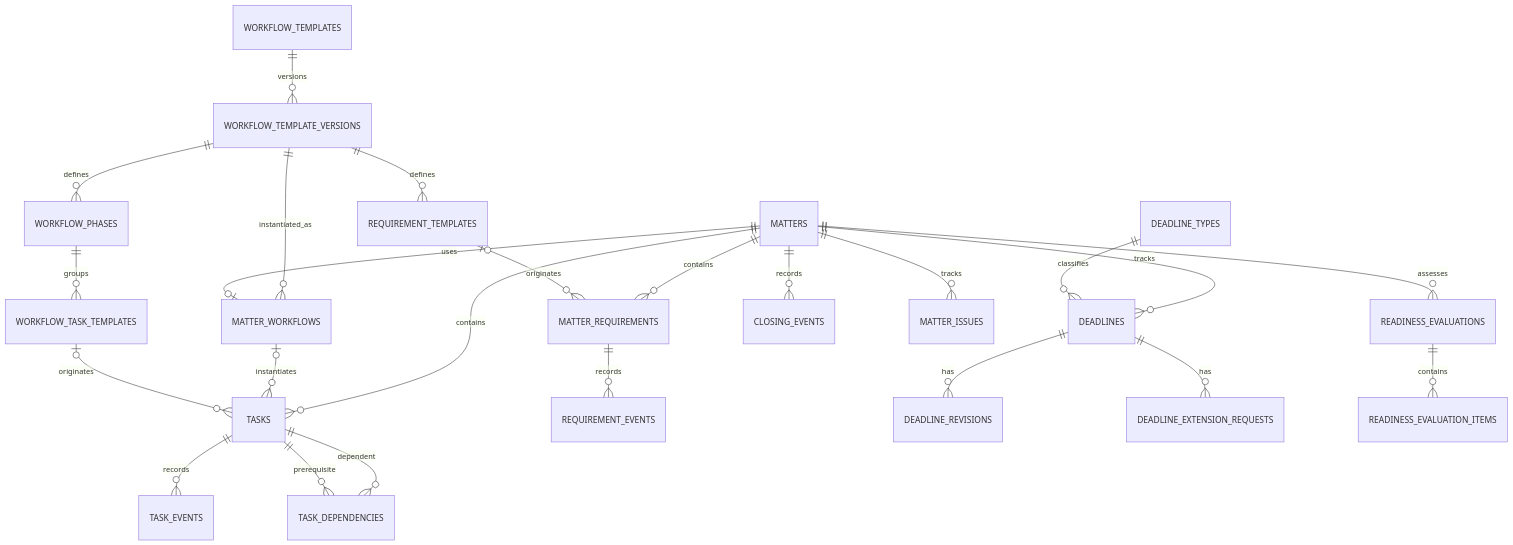
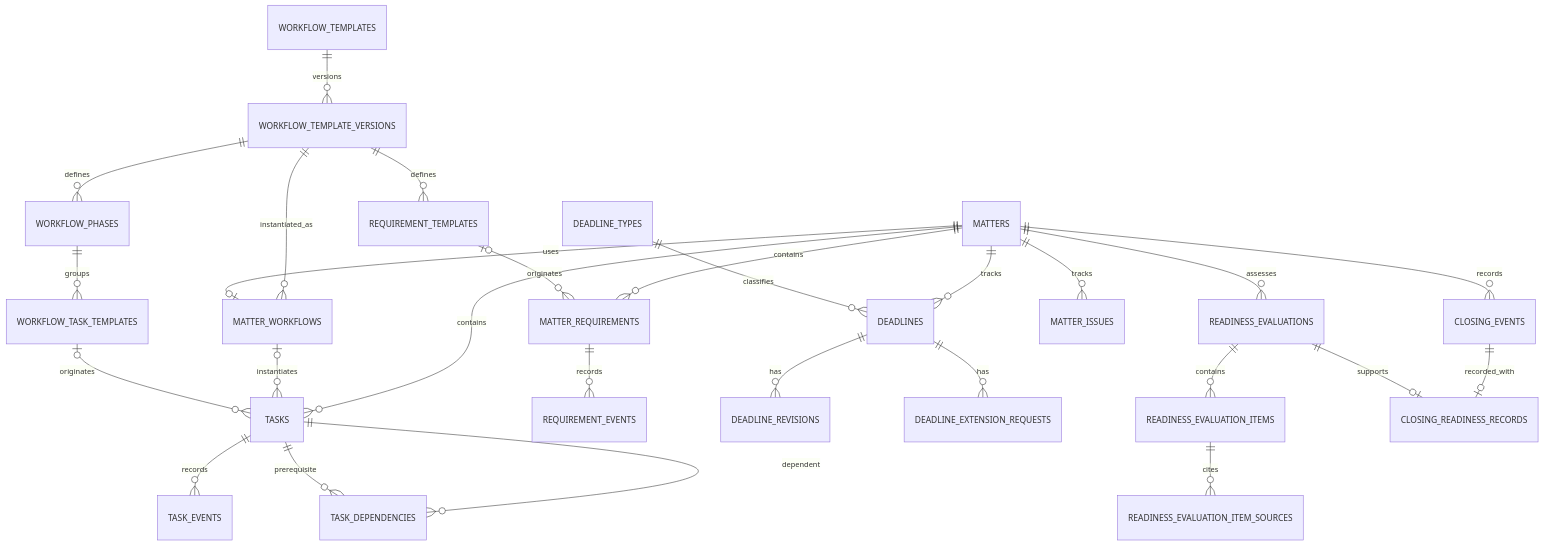
One commit to Greenclifford30/landholderslaw changed the second of 3 diagrams in documents/Landholders_Law_ERD_and_DDL.md. Above: the diagram before and after it, drawn with Mermaid. The commit also changed other lines of this file and 67 other files, not shown here.

````diff
--- a/documents/Landholders_Law_ERD_and_DDL.md
+++ b/documents/Landholders_Law_ERD_and_DDL.md
@@ -37,26 +37,29 @@
 ```mermaid
 erDiagram
     WORKFLOW_TEMPLATES ||--o{ WORKFLOW_TEMPLATE_VERSIONS : versions
     WORKFLOW_TEMPLATE_VERSIONS ||--o{ WORKFLOW_PHASES : defines
     WORKFLOW_PHASES ||--o{ WORKFLOW_TASK_TEMPLATES : groups
     WORKFLOW_TEMPLATE_VERSIONS ||--o{ REQUIREMENT_TEMPLATES : defines
     WORKFLOW_TEMPLATE_VERSIONS ||--o{ MATTER_WORKFLOWS : instantiated_as
     MATTERS ||--o| MATTER_WORKFLOWS : uses
     MATTERS ||--o{ TASKS : contains
     MATTER_WORKFLOWS o|--o{ TASKS : instantiates
     WORKFLOW_TASK_TEMPLATES o|--o{ TASKS : originates
     TASKS ||--o{ TASK_EVENTS : records
     TASKS ||--o{ TASK_DEPENDENCIES : dependent
     TASKS ||--o{ TASK_DEPENDENCIES : prerequisite
     MATTERS ||--o{ MATTER_REQUIREMENTS : contains
     REQUIREMENT_TEMPLATES o|--o{ MATTER_REQUIREMENTS : originates
     MATTER_REQUIREMENTS ||--o{ REQUIREMENT_EVENTS : records
     MATTERS ||--o{ DEADLINES : tracks
     DEADLINE_TYPES ||--o{ DEADLINES : classifies
     DEADLINES ||--o{ DEADLINE_REVISIONS : has
     DEADLINES ||--o{ DEADLINE_EXTENSION_REQUESTS : has
     MATTERS ||--o{ CLOSING_EVENTS : records
     MATTERS ||--o{ MATTER_ISSUES : tracks
     MATTERS ||--o{ READINESS_EVALUATIONS : assesses
     READINESS_EVALUATIONS ||--o{ READINESS_EVALUATION_ITEMS : contains
+    READINESS_EVALUATION_ITEMS ||--o{ READINESS_EVALUATION_ITEM_SOURCES : cites
+    CLOSING_EVENTS ||--o| CLOSING_READINESS_RECORDS : recorded_with
+    READINESS_EVALUATIONS ||--o| CLOSING_READINESS_RECORDS : supports
 ```
````
